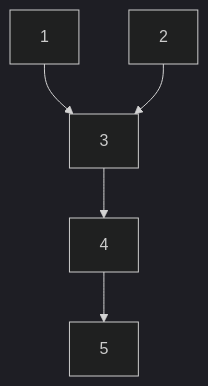
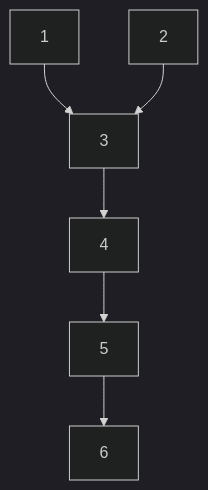
One commit to AndresCACore/Final-Project-BDML changed the diagram in README.md. Above: the diagram before and after it, drawn with Mermaid (dark theme). The commit also changed other lines of this file and 3 other files, not shown here.

````diff
--- a/README.md
+++ b/README.md
@@ -37,7 +37,8 @@
 ```mermaid
 graph TD;
     1-->3;
     2-->3;
     3-->4;
     4-->5;
+    5-->6;
 ```
````
